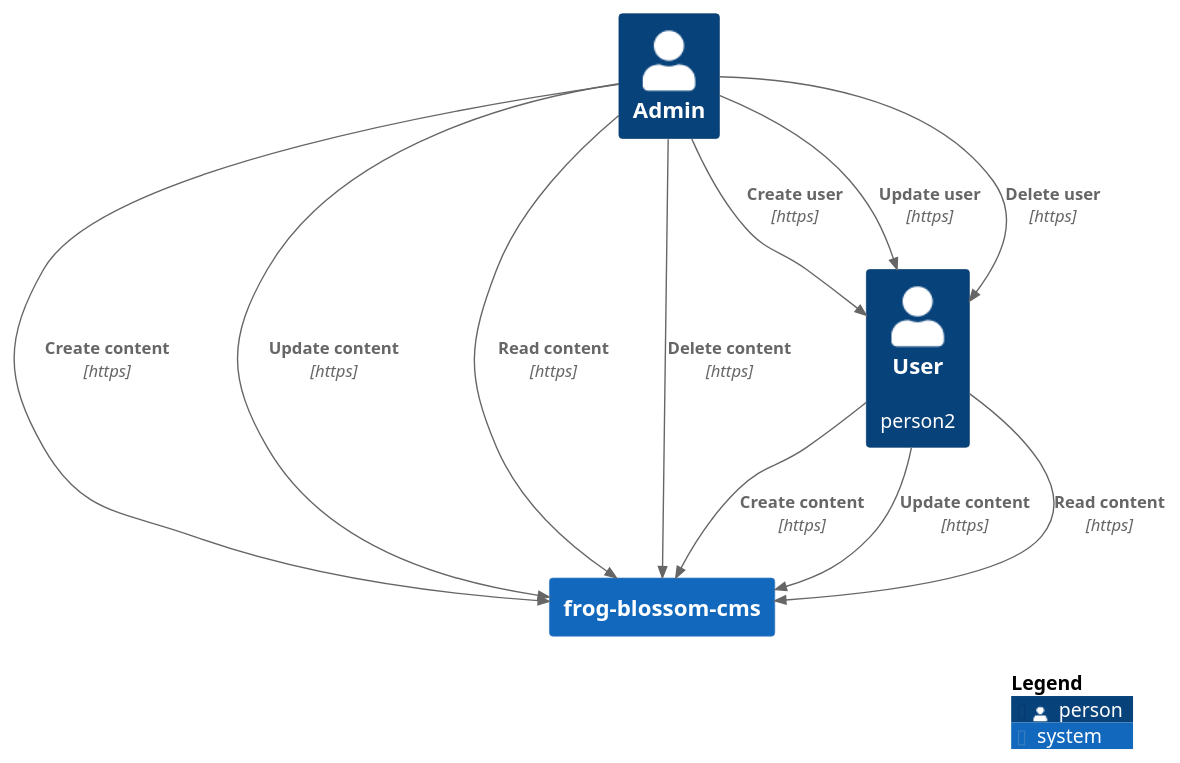
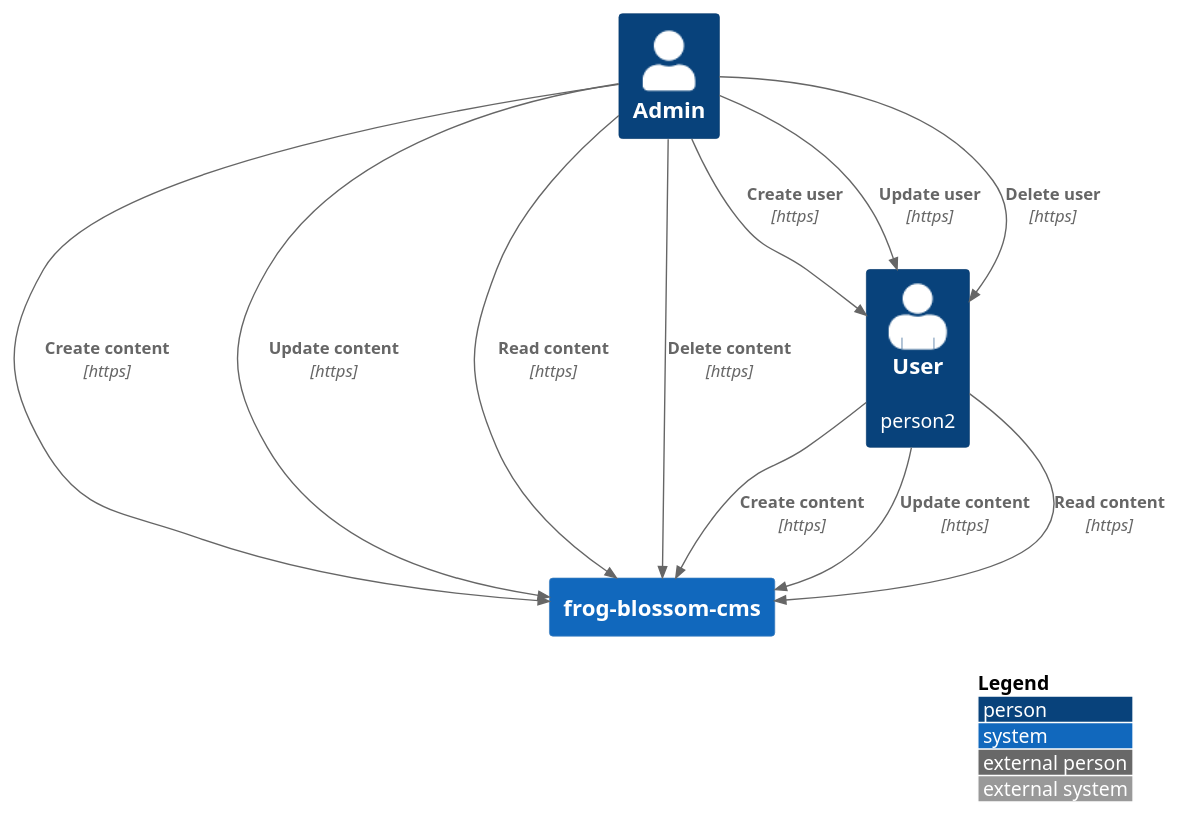
The diagram in design-docs/context.puml (minierparedes/frog-blossom-docs), drawn with PlantUML before and after one commit.

Commit message:
Apr 30, 2024, 12:38 PM

```diff
--- a/design-docs/context.puml
+++ b/design-docs/context.puml
@@ -1,24 +1,25 @@
 @startuml frog-blossom-context
 !include https://raw.githubusercontent.com/plantuml-stdlib/C4-PlantUML/master/C4_Context.puml
+
+LAYOUT_WITH_LEGEND()
 
 Person(admin, "Admin")
 System(cms, "frog-blossom-cms")
 
-Person(user, "User", person2)
+Person(user, "User", person2, person2)
 System(cms, "frog-blossom-cms")
 
 
 Rel(admin, user, "Create user", "https")
 Rel(admin, user, "Update user", "https")
 Rel(admin, user, "Delete user", "https")
 Rel(admin, cms, "Create content", "https")
 Rel(admin, cms, "Update content", "https")
 Rel(admin, cms, "Read content", "https")
 Rel(admin, cms, "Delete content", "https")
 
 Rel(user, cms, "Create content", "https")
 Rel(user, cms, "Update content", "https")
 Rel(user, cms, "Read content", "https")
 
-SHOW_LEGEND(true)
 @enduml
```
